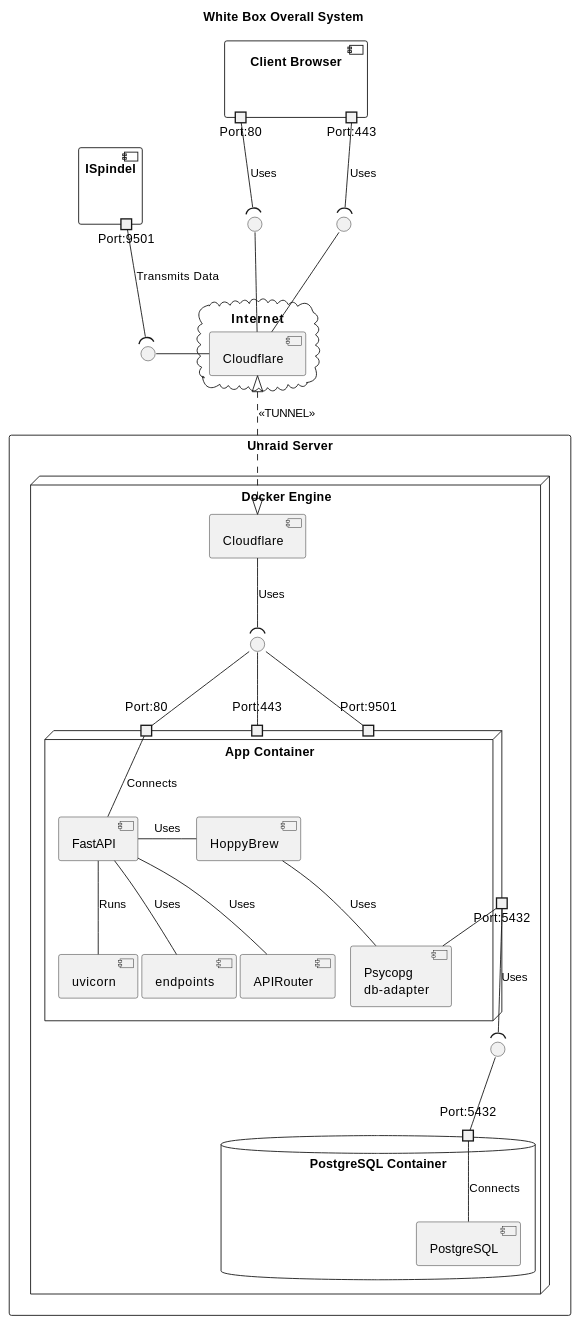
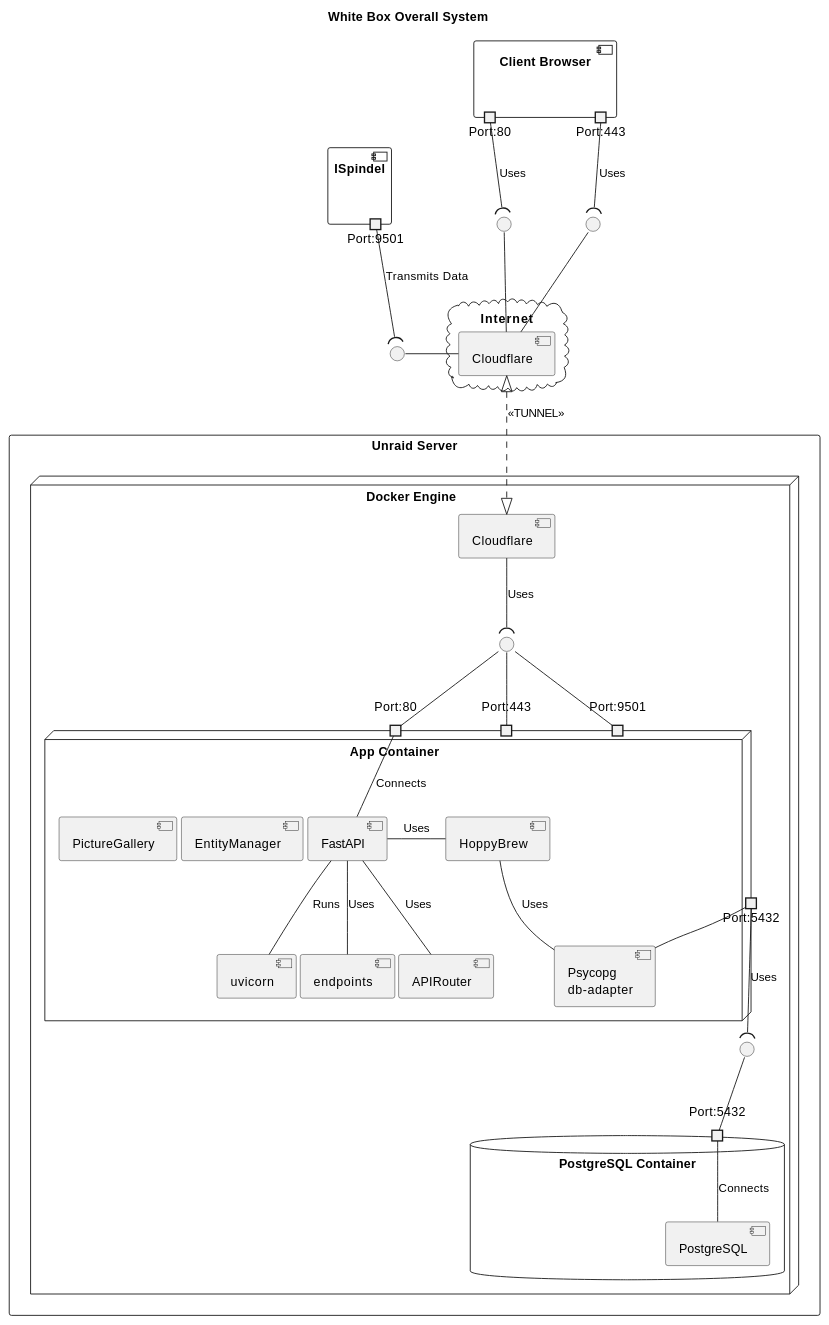
Before and after one commit to asbor/iu-project-software-engineering: the fourth of 5 diagrams in documents/01-Conception-Phase/00-HoppyBrew.md, drawn with PlantUML. The commit also changed other lines of this file and 4 other files, not shown here.

```diff
--- a/documents/01-Conception-Phase/00-HoppyBrew.md
+++ b/documents/01-Conception-Phase/00-HoppyBrew.md
@@ -508,6 +497,8 @@
             component "uvicorn" as uvicorn
             component "endpoints" as endpoints
             component "APIRouter" as APIRouter
+            component "EntityManager" as EntityManager
+            component "PictureGallery" as PictureGallery
 
             portin "Port:80" as port80
             portin "Port:443" as port443
```
